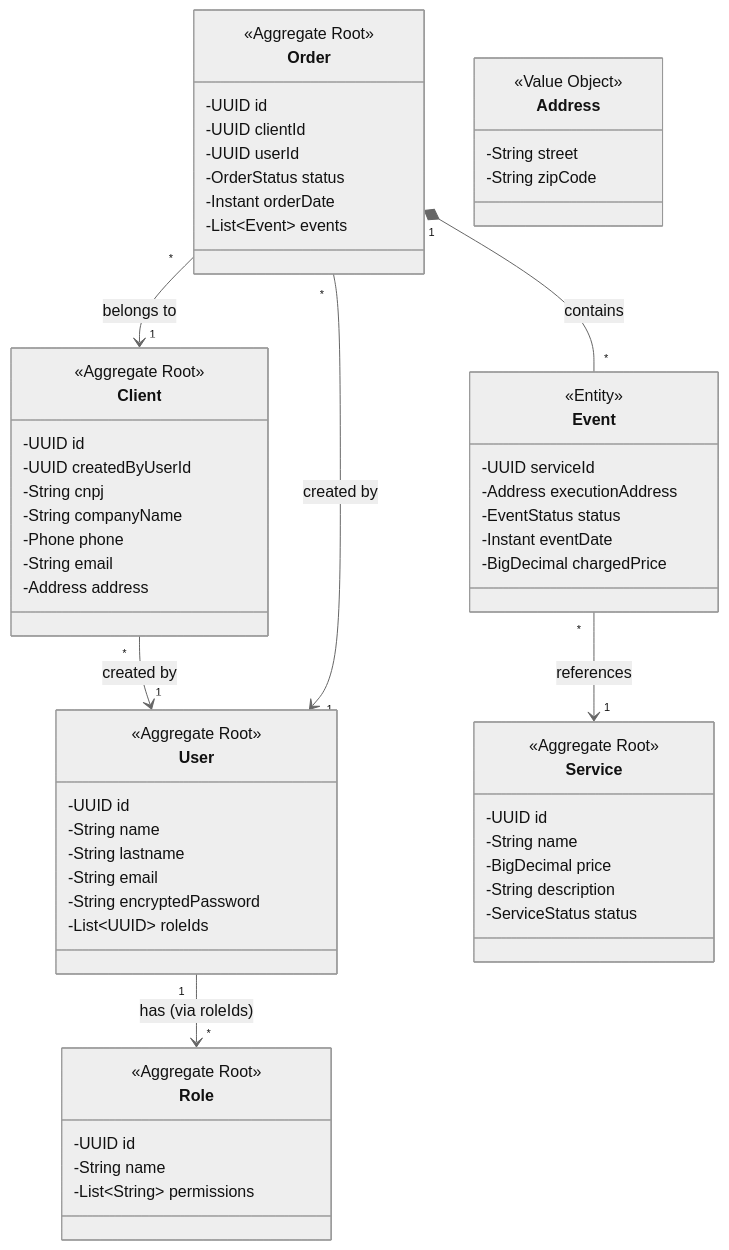
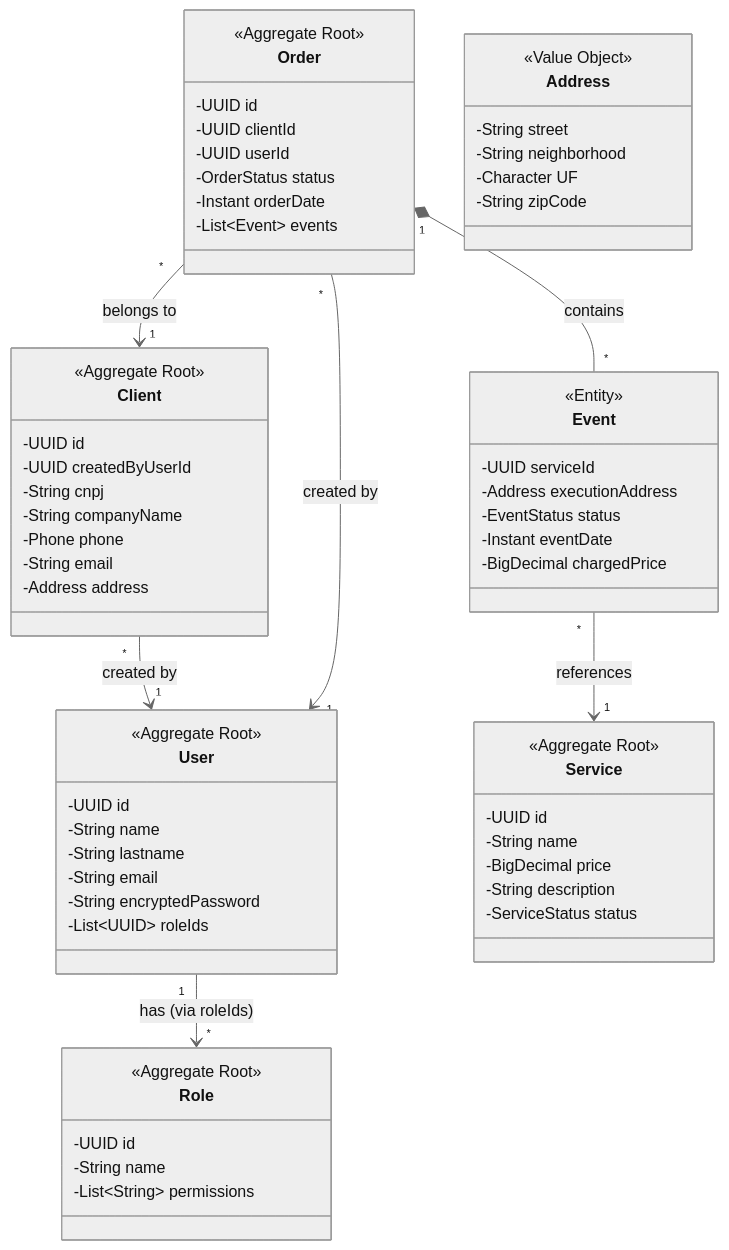
Before and after one commit to GibsonCS/speed: the diagram in README.md, drawn with Mermaid (neutral theme).

Commit message:
chore: enhance address class with neighborhood and UF
Added neighborhood and UF attributes to Address class.

````diff
--- a/README.md
+++ b/README.md
@@ -4,71 +4,73 @@
 ```mermaid
 classDiagram
     class User {
         <<Aggregate Root>>
         -UUID id
         -String name
         -String lastname
         -String email
         -String encryptedPassword
         -List~UUID~ roleIds
     }
 
     class Role {
         <<Aggregate Root>>
         -UUID id
         -String name
         -List~String~ permissions
     }
 
     class Client {
         <<Aggregate Root>>
         -UUID id
         -UUID createdByUserId
         -String cnpj
         -String companyName
         -Phone phone
         -String email
         -Address address
     }
 
     class Order {
         <<Aggregate Root>>
         -UUID id
         -UUID clientId
         -UUID userId
         -OrderStatus status
         -Instant orderDate
         -List~Event~ events
     }
 
     class Event {
         <<Entity>>
         -UUID serviceId
         -Address executionAddress
         -EventStatus status
         -Instant eventDate
         -BigDecimal chargedPrice
     }
 
     class Service {
         <<Aggregate Root>>
         -UUID id
         -String name
         -BigDecimal price
         -String description
         -ServiceStatus status
     }
 
     class Address {
         <<Value Object>>
         -String street
+        -String neighborhood
+        -Character UF
         -String zipCode
     }
 
     User "1" --> "*" Role : has (via roleIds)
     Client "*" --> "1" User : created by
     Order "*" --> "1" User : created by
     Order "*" --> "1" Client : belongs to
     Order "1" *-- "*" Event : contains
     Event "*" --> "1" Service : references
 ```
````
